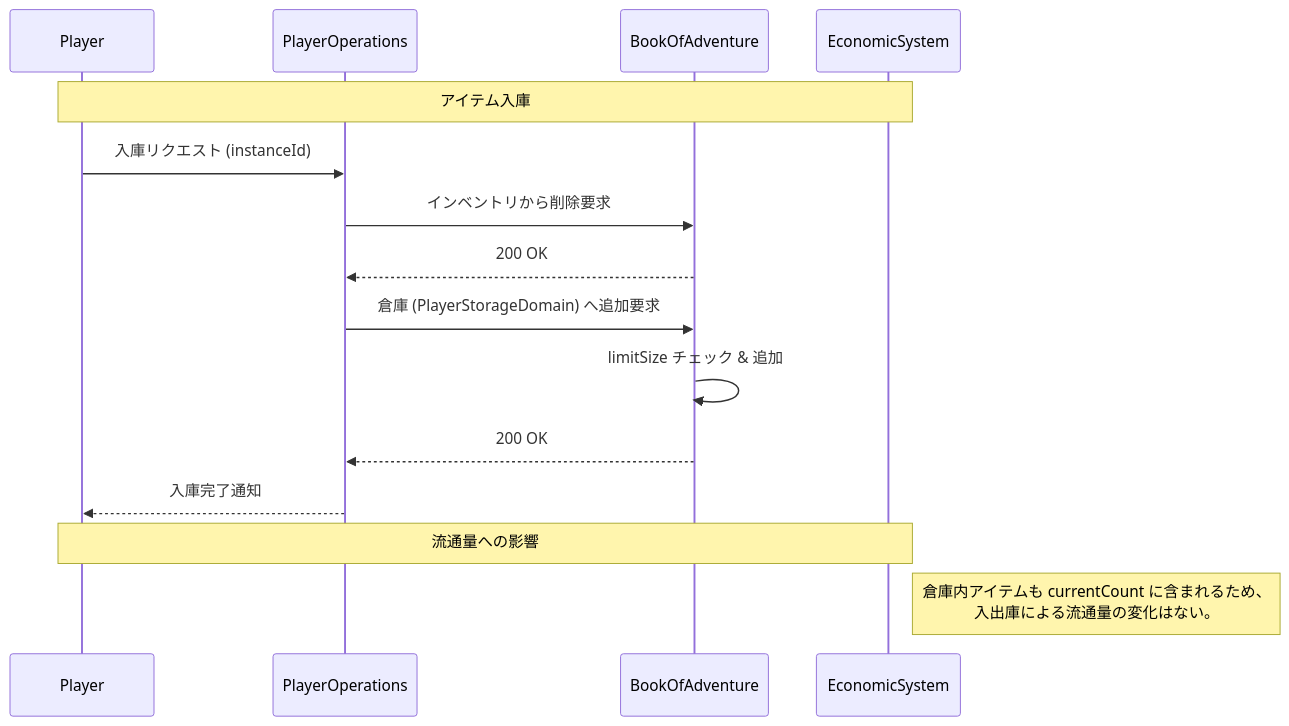
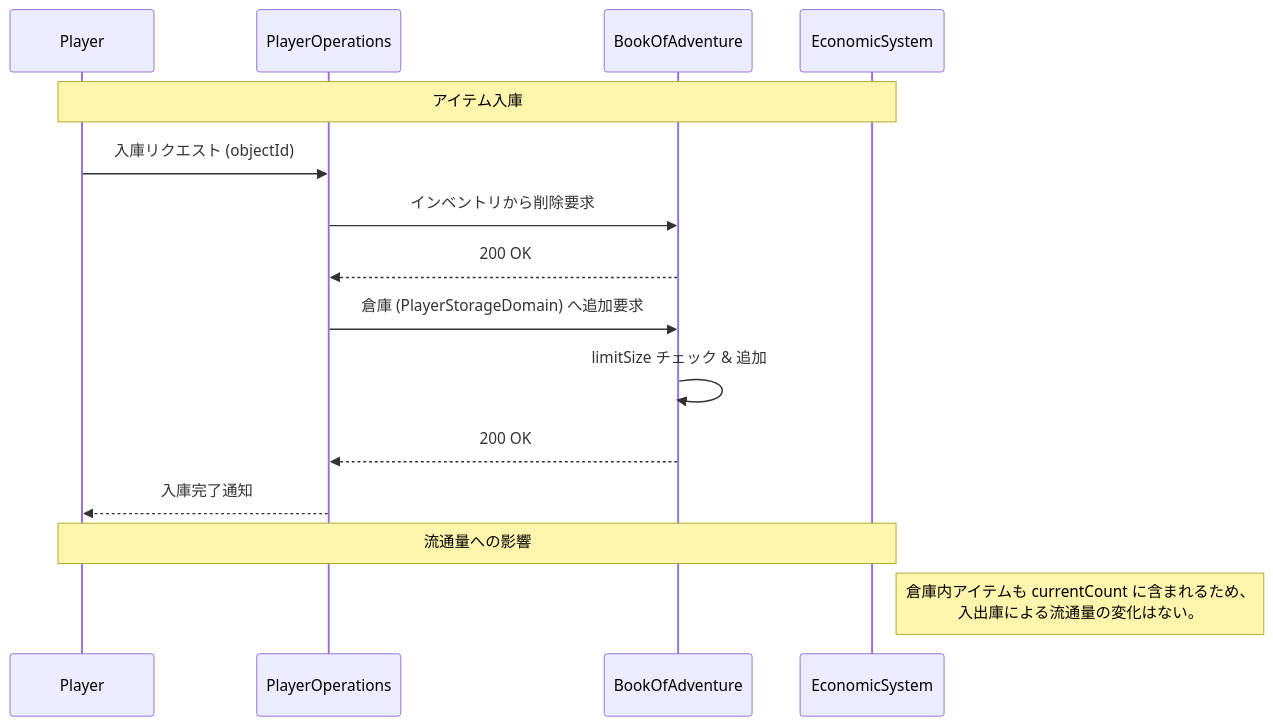
One commit to yamanakahirofumi/rogueb changed the diagram in docs/features/Storage-System.md. Above: the diagram before and after it, drawn with Mermaid. The commit also changed other lines of this file and 2 other files, not shown here.

````diff
--- a/docs/features/Storage-System.md
+++ b/docs/features/Storage-System.md
@@ -77,19 +67,19 @@
 ```mermaid
 sequenceDiagram
     participant P as Player
     participant PO as PlayerOperations
     participant BA as BookOfAdventure
     participant ECO as EconomicSystem
 
     Note over P, ECO: アイテム入庫
-    P->>PO: 入庫リクエスト (instanceId)
+    P->>PO: 入庫リクエスト (objectId)
     PO->>BA: インベントリから削除要求
     BA-->>PO: 200 OK
     PO->>BA: 倉庫 (PlayerStorageDomain) へ追加要求
     BA->>BA: limitSize チェック & 追加
     BA-->>PO: 200 OK
     PO-->>P: 入庫完了通知
 
     Note over P, ECO: 流通量への影響
     Note right of ECO: 倉庫内アイテムも currentCount に含まれるため、<br/>入出庫による流通量の変化はない。
 ```
````
